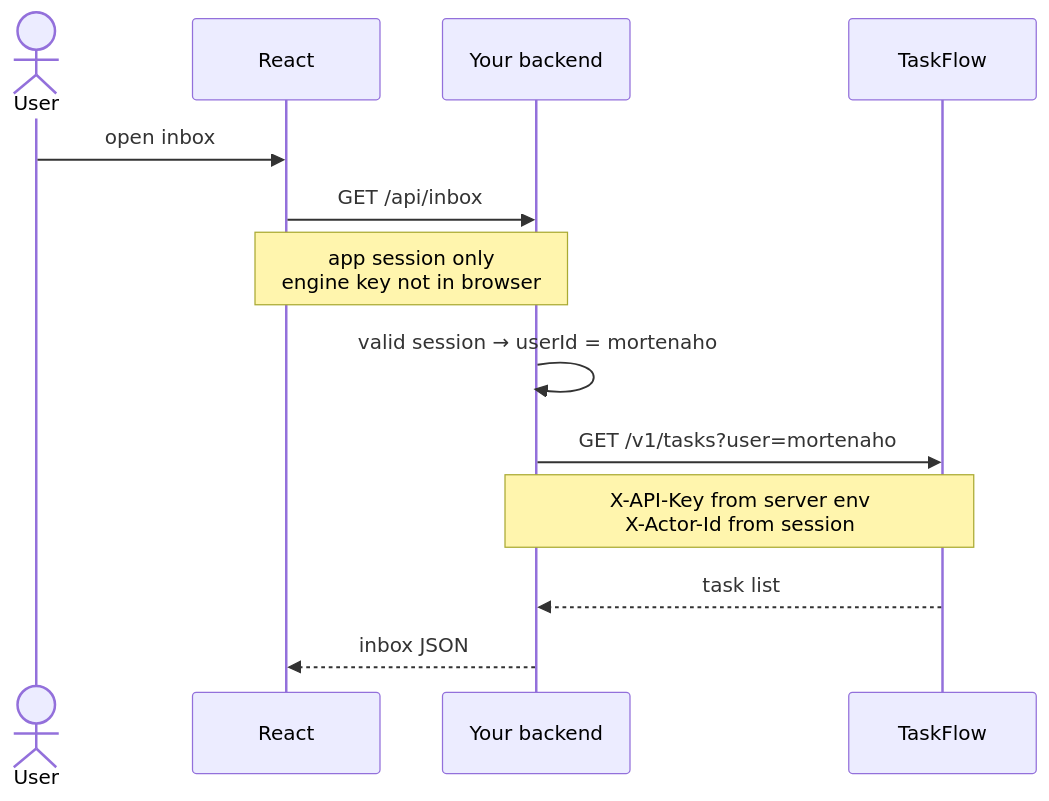
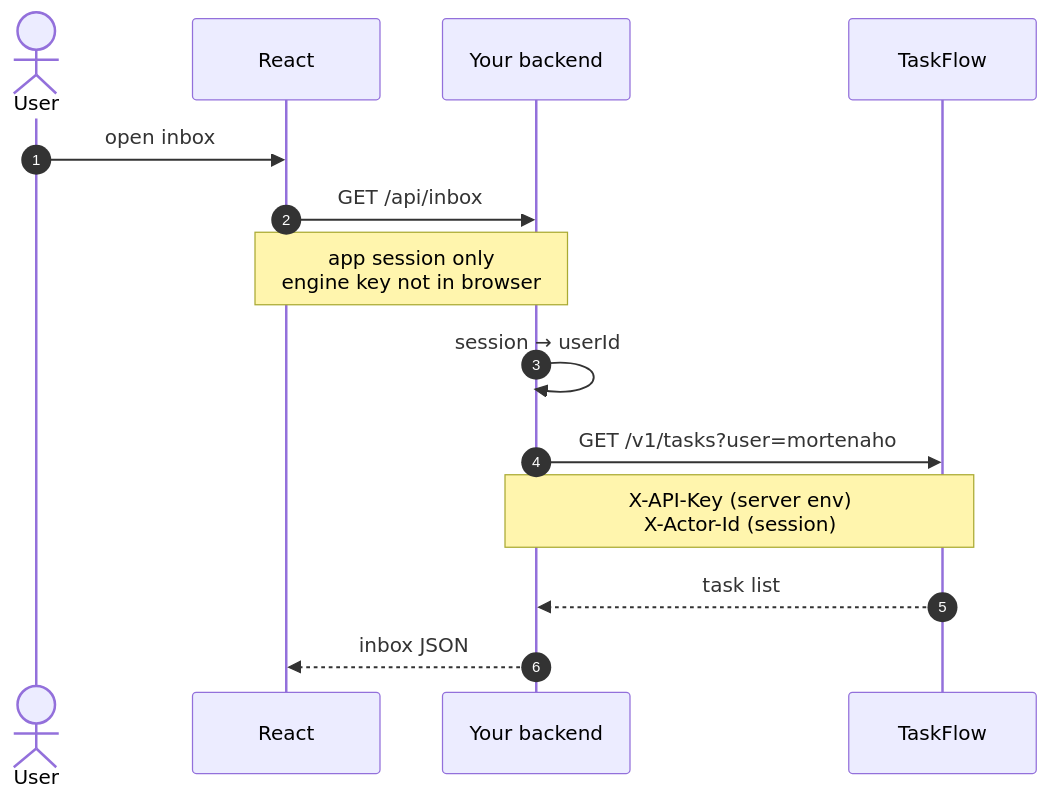
One commit to mortenaho/WorkFlowEngine changed the fifth of 6 diagrams in docs/architecture.md. Above: the diagram before and after it, drawn with Mermaid. The commit also changed 3 other files, not shown here.

First line of the commit message:
Enhance documentation with improved Mermaid diagram styling and rendering

````diff
--- a/docs/architecture.md
+++ b/docs/architecture.md
@@ -301,16 +301,17 @@
 ```mermaid
 sequenceDiagram
+  autonumber
   actor User
   participant React
   participant BFF as Your backend
   participant Engine as TaskFlow
 
   User->>React: open inbox
   React->>BFF: GET /api/inbox
   Note over React,BFF: app session only<br/>engine key not in browser
-  BFF->>BFF: valid session → userId = mortenaho
+  BFF->>BFF: session → userId
   BFF->>Engine: GET /v1/tasks?user=mortenaho
-  Note over BFF,Engine: X-API-Key from server env<br/>X-Actor-Id from session
+  Note over BFF,Engine: X-API-Key (server env)<br/>X-Actor-Id (session)
   Engine-->>BFF: task list
   BFF-->>React: inbox JSON
 ```
````
